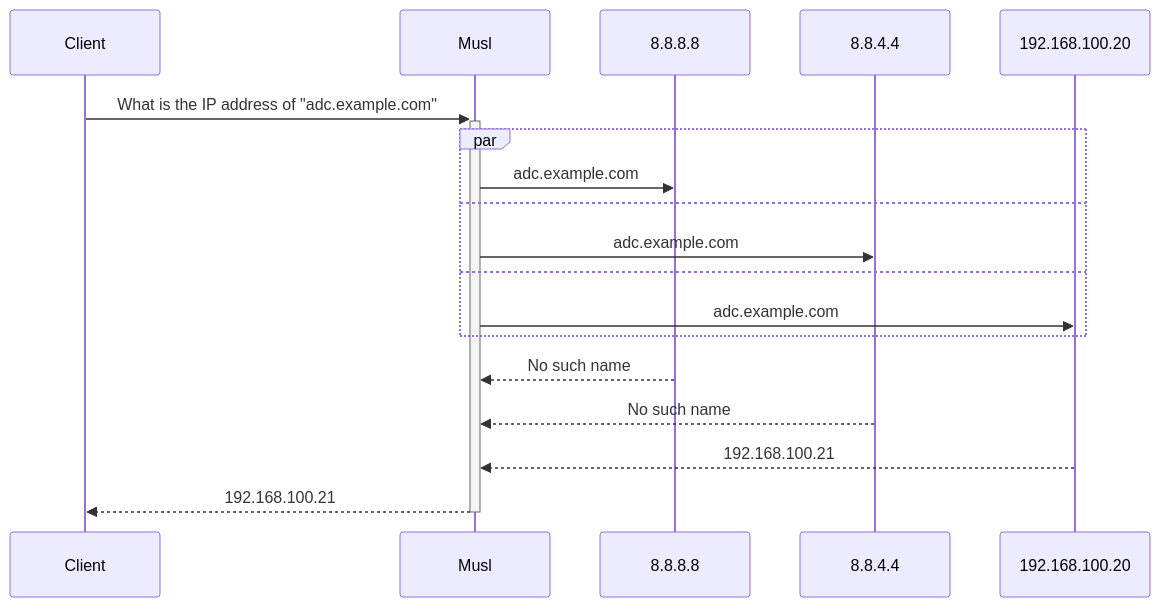
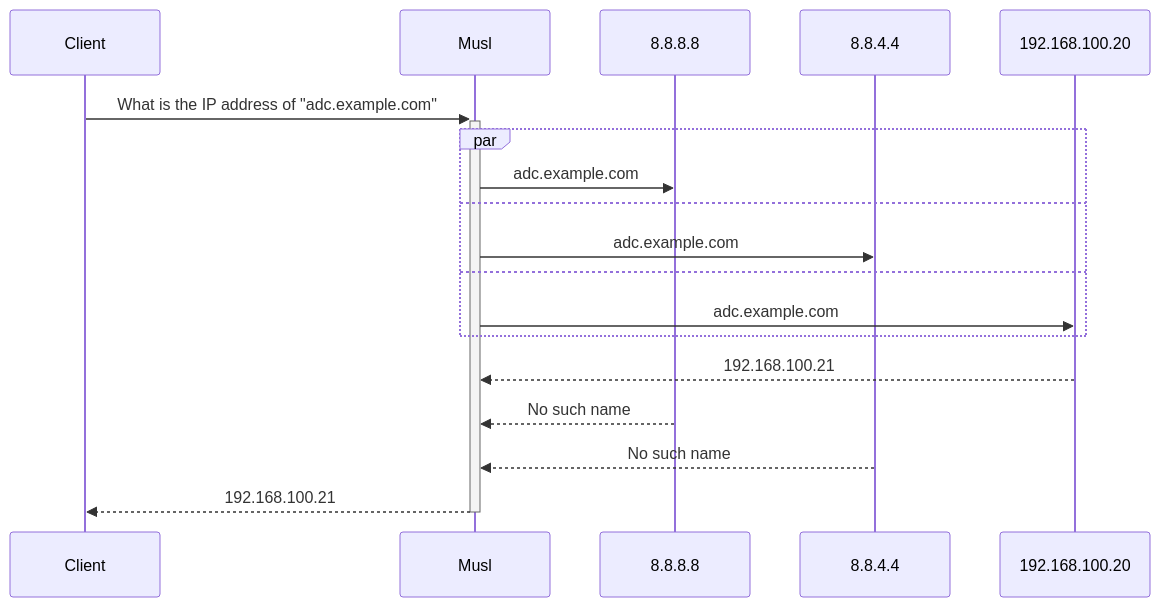
Before and after one commit to caltuntas/caltuntas.github.io: the first of 2 diagrams in _posts/2023-12-10-always-dns-musl-libc.md, drawn with Mermaid. The commit also changed other lines of this file and 1 other file, not shown here.

Commit message:
mermaid, support

````diff
--- a/_posts/2023-12-10-always-dns-musl-libc.md
+++ b/_posts/2023-12-10-always-dns-musl-libc.md
@@ -118,15 +118,15 @@
 ```mermaid
 sequenceDiagram
     Client->>+Musl: What is the IP address of "adc.example.com"
     par 
         Musl->>8.8.8.8: adc.example.com
     and 
         Musl->>8.8.4.4: adc.example.com
     and 
         Musl->>192.168.100.20: adc.example.com
     end    
+    192.168.100.20-->>Musl: 192.168.100.21
     8.8.8.8-->>Musl: No such name
     8.8.4.4-->>Musl: No such name
-    192.168.100.20-->>Musl: 192.168.100.21
 Musl-->>-Client: 192.168.100.21
 ```
````
